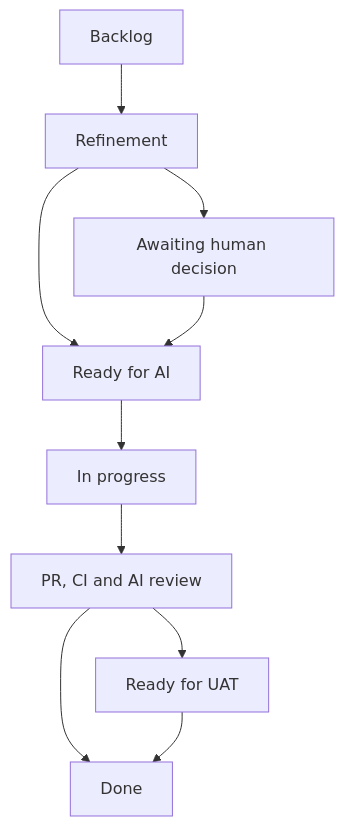
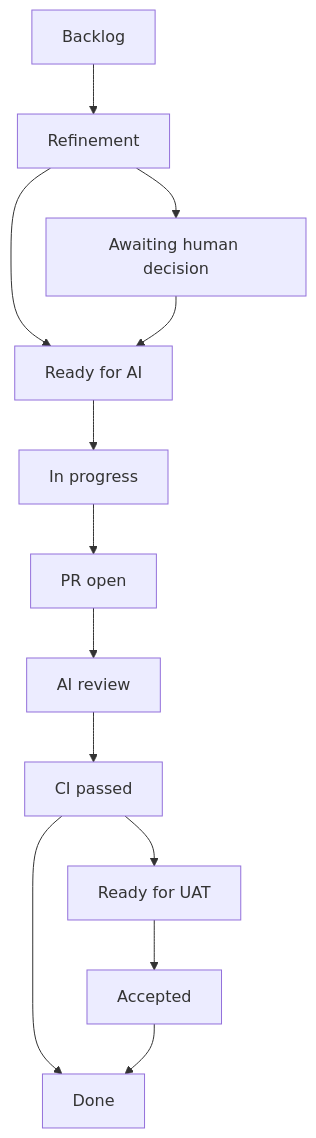
Before and after one commit to michalbednarczyk1993/Przepisy: the diagram in docs/process/ai-development-process.md, drawn with Mermaid. The commit also changed other lines of this file and 9 other files, not shown here.

````diff
--- a/docs/process/ai-development-process.md
+++ b/docs/process/ai-development-process.md
@@ -20,20 +20,26 @@
 ```mermaid
 flowchart TD
     BACKLOG["Backlog"]
     REFINE["Refinement"]
     DECISION["Awaiting human decision"]
     READY["Ready for AI"]
     WORK["In progress"]
-    REVIEW["PR, CI and AI review"]
+    PR["PR open"]
+    REVIEW["AI review"]
+    CI["CI passed"]
     UAT["Ready for UAT"]
+    ACCEPTED["Accepted"]
     DONE["Done"]
     BACKLOG --> REFINE
     REFINE --> DECISION
     REFINE --> READY
     DECISION --> READY
     READY --> WORK
-    WORK --> REVIEW
-    REVIEW --> UAT
-    REVIEW --> DONE
-    UAT --> DONE
+    WORK --> PR
+    PR --> REVIEW
+    REVIEW --> CI
+    CI --> UAT
+    CI --> DONE
+    UAT --> ACCEPTED
+    ACCEPTED --> DONE
 ```
````
